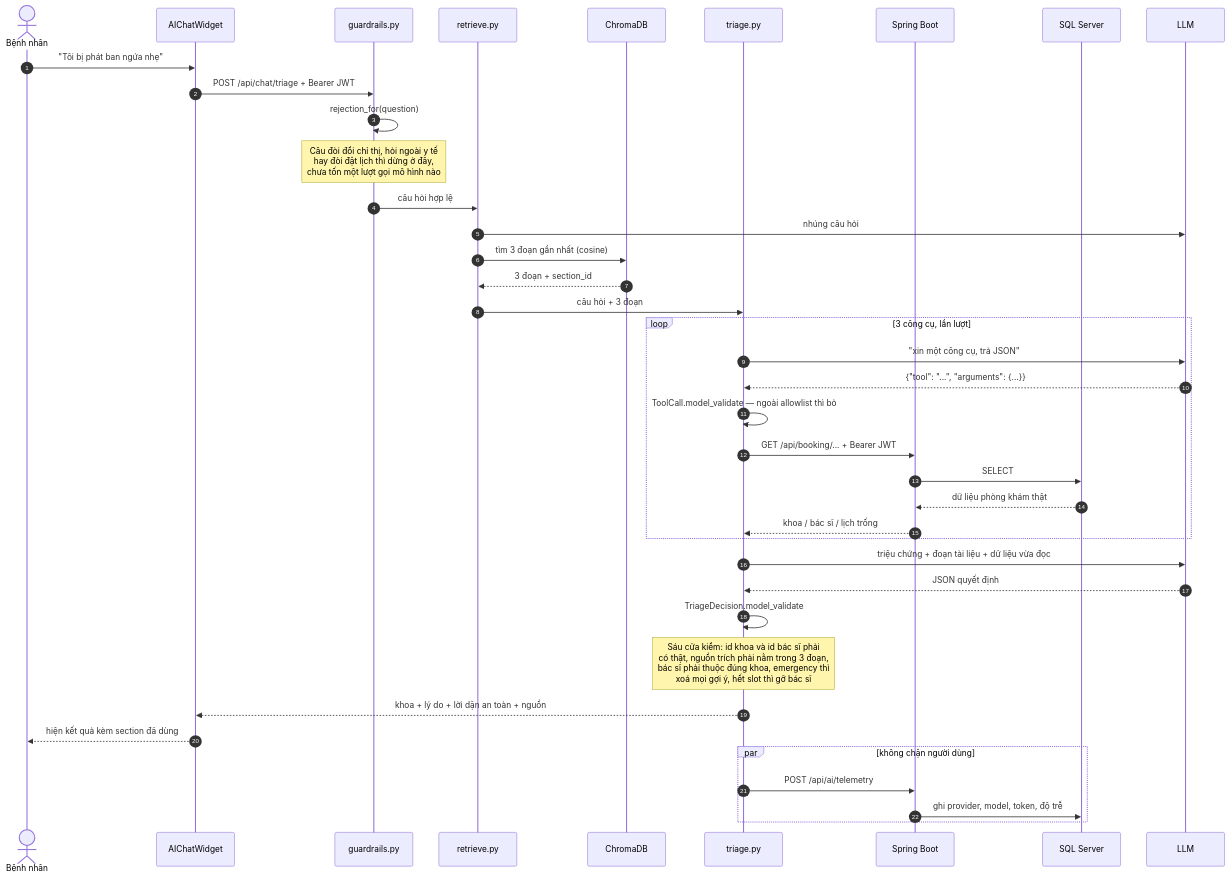
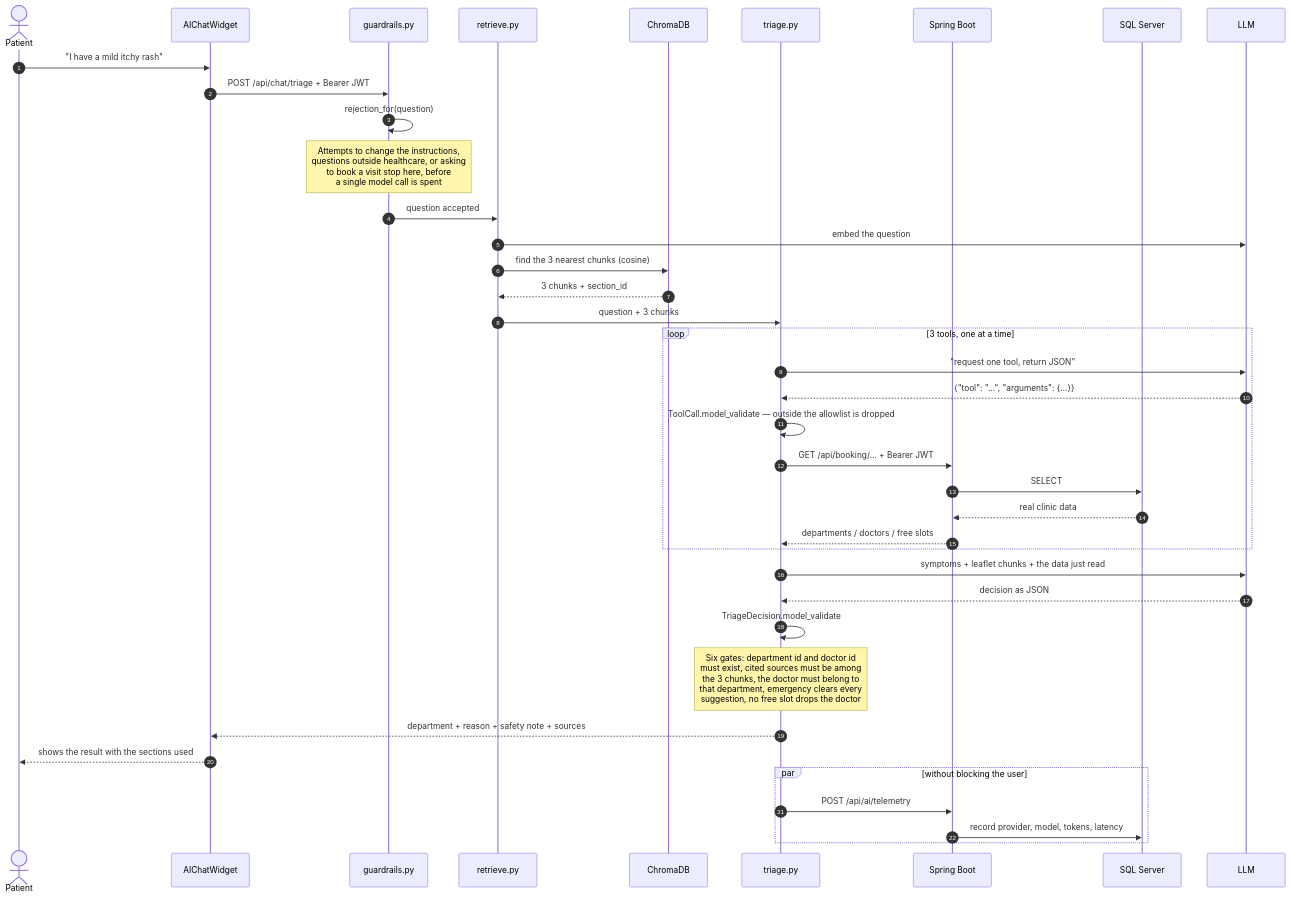
Before and after one commit to huulocc/smart-healthcare: the second of 2 diagrams in docs/ARCHITECTURE.md, drawn with Mermaid. The commit also changed other lines of this file and 14 other files, not shown here.

````diff
--- a/docs/ARCHITECTURE.md
+++ b/docs/ARCHITECTURE.md
@@ -96,50 +98,50 @@
 ```mermaid
 sequenceDiagram
     autonumber
-    actor P as Bệnh nhân
+    actor P as Patient
     participant W as AIChatWidget
     participant G as guardrails.py
     participant R as retrieve.py
     participant C as ChromaDB
     participant T as triage.py
     participant S as Spring Boot
     participant D as SQL Server
     participant L as LLM
 
-    P->>W: "Tôi bị phát ban ngứa nhẹ"
+    P->>W: "I have a mild itchy rash"
     W->>G: POST /api/chat/triage + Bearer JWT
 
     G->>G: rejection_for(question)
-    Note over G: Câu đòi đổi chỉ thị, hỏi ngoài y tế<br/>hay đòi đặt lịch thì dừng ở đây,<br/>chưa tốn một lượt gọi mô hình nào
+    Note over G: Attempts to change the instructions,<br/>questions outside healthcare, or asking<br/>to book a visit stop here, before<br/>a single model call is spent
 
-    G->>R: câu hỏi hợp lệ
-    R->>L: nhúng câu hỏi
-    R->>C: tìm 3 đoạn gần nhất (cosine)
-    C-->>R: 3 đoạn + section_id
+    G->>R: question accepted
+    R->>L: embed the question
+    R->>C: find the 3 nearest chunks (cosine)
+    C-->>R: 3 chunks + section_id
 
-    R->>T: câu hỏi + 3 đoạn
+    R->>T: question + 3 chunks
 
-    loop 3 công cụ, lần lượt
-        T->>L: "xin một công cụ, trả JSON"
+    loop 3 tools, one at a time
+        T->>L: "request one tool, return JSON"
         L-->>T: {"tool": "...", "arguments": {...}}
-        T->>T: ToolCall.model_validate — ngoài allowlist thì bỏ
+        T->>T: ToolCall.model_validate — outside the allowlist is dropped
         T->>S: GET /api/booking/... + Bearer JWT
         S->>D: SELECT
-        D-->>S: dữ liệu phòng khám thật
-        S-->>T: khoa / bác sĩ / lịch trống
+        D-->>S: real clinic data
+        S-->>T: departments / doctors / free slots
     end
 
-    T->>L: triệu chứng + đoạn tài liệu + dữ liệu vừa đọc
-    L-->>T: JSON quyết định
+    T->>L: symptoms + leaflet chunks + the data just read
+    L-->>T: decision as JSON
 
     T->>T: TriageDecision.model_validate
-    Note over T: Sáu cửa kiểm: id khoa và id bác sĩ phải<br/>có thật, nguồn trích phải nằm trong 3 đoạn,<br/>bác sĩ phải thuộc đúng khoa, emergency thì<br/>xoá mọi gợi ý, hết slot thì gỡ bác sĩ
+    Note over T: Six gates: department id and doctor id<br/>must exist, cited sources must be among<br/>the 3 chunks, the doctor must belong to<br/>that department, emergency clears every<br/>suggestion, no free slot drops the doctor
 
-    T-->>W: khoa + lý do + lời dặn an toàn + nguồn
-    W-->>P: hiện kết quả kèm section đã dùng
+    T-->>W: department + reason + safety note + sources
+    W-->>P: shows the result with the sections used
 
-    par không chặn người dùng
+    par without blocking the user
         T->>S: POST /api/ai/telemetry
-        S->>D: ghi provider, model, token, độ trễ
+        S->>D: record provider, model, tokens, latency
     end
 ```
````
